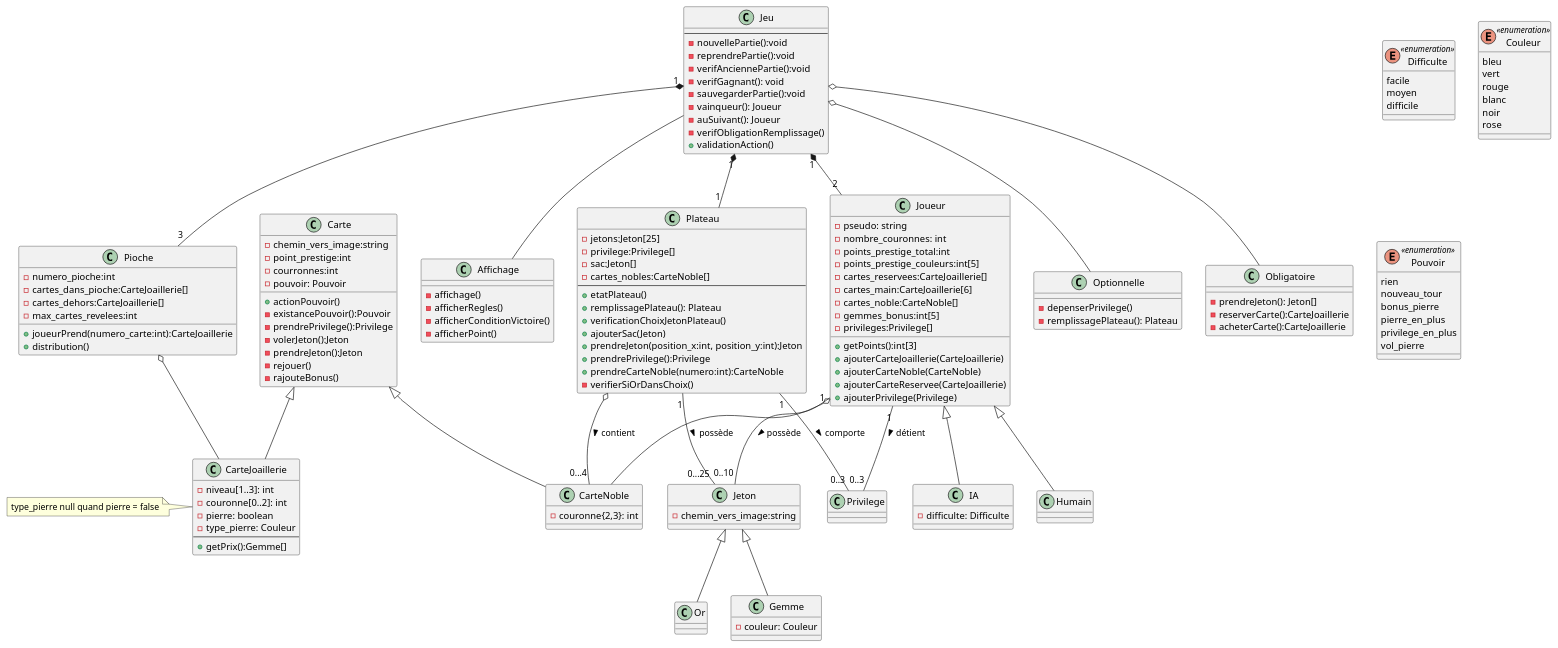
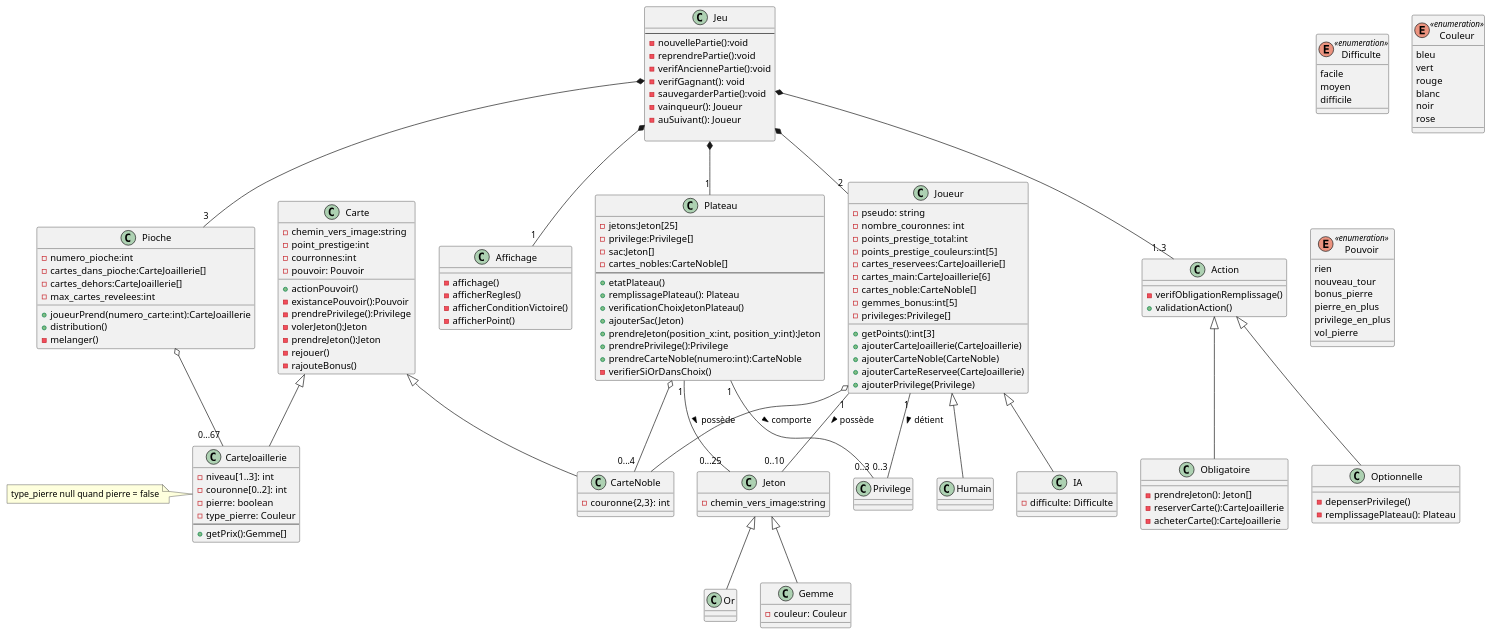
The diagram in SplendorUML.puml (LaylaLunae/Splendor-duel), drawn with PlantUML before and after one commit.

Commit message:
changements fais en TD (encore plus de compositions)

```diff
--- a/SplendorUML.puml
+++ b/SplendorUML.puml
@@ -1,182 +1,190 @@
 @startuml
 
 class Jeu {
 --
 - nouvellePartie():void
 - reprendrePartie():void
 - verifAnciennePartie():void
 - verifGagnant(): void
 - sauvegarderPartie():void
 - vainqueur(): Joueur
 - auSuivant(): Joueur
-- verifObligationRemplissage()
-+ validationAction()
+
 }
 
 Class Affichage{
 - affichage()
 - afficherRegles()
 - afficherConditionVictoire()
 - afficherPoint()
 }
 
 
 class Plateau {
 - jetons:Jeton[25]
 - privilege:Privilege[]
 - sac:Jeton[]
 - cartes_nobles:CarteNoble[]
 --
 + etatPlateau()
 + remplissagePlateau(): Plateau
 + verificationChoixJetonPlateau()
 + ajouterSac(Jeton)
 + prendreJeton(position_x:int, position_y:int):Jeton
 + prendrePrivilege():Privilege
 + prendreCarteNoble(numero:int):CarteNoble
 - verifierSiOrDansChoix()
 }
 
 
 
 class Joueur {
 - pseudo: string
 - nombre_couronnes: int
 - points_prestige_total:int
 - points_prestige_couleurs:int[5]
 - cartes_reservees:CarteJoaillerie[]
 - cartes_main:CarteJoaillerie[6]
 - cartes_noble:CarteNoble[]
 - gemmes_bonus:int[5]
 - privileges:Privilege[]
 + getPoints():int[3]
 + ajouterCarteJoaillerie(CarteJoaillerie)
 + ajouterCarteNoble(CarteNoble)
 + ajouterCarteReservee(CarteJoaillerie)
 + ajouterPrivilege(Privilege)
 }
 
 class IA {
 - difficulte: Difficulte
 }
 
 enum Difficulte <<enumeration>> {
  facile
  moyen
  difficile
 }
 
 class Jeton {
 - chemin_vers_image:string
 }
 class Privilege {
 }
 class Or {
 }
 class Gemme {
 -couleur: Couleur
 }
 enum Couleur <<enumeration>> {
  bleu
  vert
  rouge
  blanc
  noir
  rose
 }
 
+class Action {
+- verifObligationRemplissage()
++ validationAction()
+}
 
 class Pioche{
 - numero_pioche:int
 - cartes_dans_pioche:CarteJoaillerie[]
 - cartes_dehors:CarteJoaillerie[]
 - max_cartes_revelees:int
 + joueurPrend(numero_carte:int):CarteJoaillerie
 + distribution()
+- melanger()
 }
 class Carte {
 - chemin_vers_image:string
 - point_prestige:int
 - courronnes:int
 - pouvoir: Pouvoir
 + actionPouvoir()
 - existancePouvoir():Pouvoir
 - prendrePrivilege():Privilege
 - volerJeton():Jeton
 - prendreJeton():Jeton
 - rejouer()
 - rajouteBonus()
 }
 
 class CarteNoble {
 -couronne{2,3}: int
 }
 
 class CarteJoaillerie {
 -niveau[1..3]: int
 -couronne[0..2]: int
 -pierre: boolean
 -type_pierre: Couleur
 --
 + getPrix():Gemme[]
 }
 note left: type_pierre null quand pierre = false
 
 
 enum Pouvoir <<enumeration>> {
  rien
  nouveau_tour
  bonus_pierre
  pierre_en_plus
  privilege_en_plus
  vol_pierre
 }
 
 
 class Optionnelle {
 - depenserPrivilege()
 - remplissagePlateau(): Plateau
 }
 
 class Obligatoire {
 - prendreJeton(): Jeton[]
 - reserverCarte():CarteJoaillerie
 - acheterCarte():CarteJoaillerie
 }
 
 
 Joueur <|-- IA
 Joueur <|-- Humain
 
-Jeu "1" *-- "1" Plateau
-Jeu "1" *-- "2" Joueur
-Jeu "1" *-- "3" Pioche
+Jeu  *-- "1" Plateau
+Jeu  *-- "2" Joueur
+Jeu  *-- "3" Pioche
+Jeu *-- "1..3"Action
+Jeu *--"1" Affichage
+
+Action <|-- Optionnelle
+Action <|-- Obligatoire
 
 
 Plateau "1" -- "0...25" Jeton: possède >
 Plateau "1"--"0..3" Privilege: comporte >
-Plateau o--"0...4" CarteNoble: contient >
+Plateau o--"0...4" CarteNoble
 'Plateau "1"-"3" Pioche
 
-Pioche o-- CarteJoaillerie
+Pioche o-- "0...67" CarteJoaillerie
 
 Jeton <|-- Or
 Jeton <|-- Gemme
 
 Joueur "1" -- "0..3" Privilege: détient >
 Joueur "1" -- "0..10" Jeton: possède >
 Joueur o-- CarteNoble
 
 Carte <|-- CarteNoble
 Carte <|-- CarteJoaillerie
 '(CarteJoaillerie, Pierre) .. AchatCarte
 
-Jeu -- Affichage
 
-Jeu o-- Optionnelle
-Jeu o-- Obligatoire
+
+
 
 
 
 
 @enduml
```
